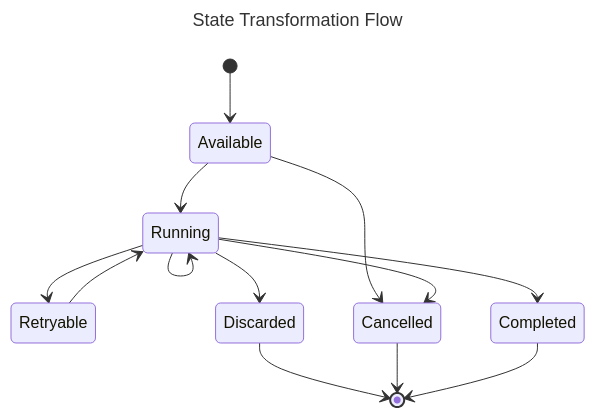
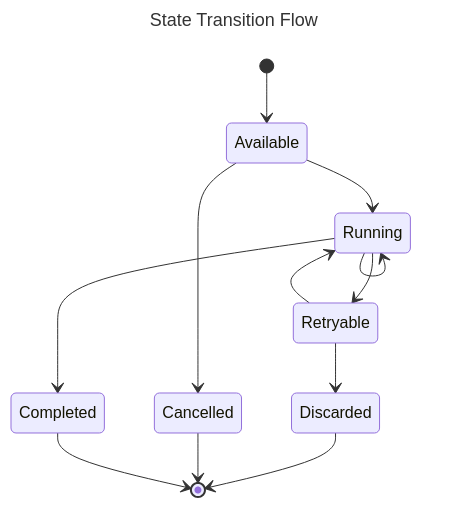
The first of 7 diagrams in website/docs/concepts/003-consumer.md (kanthorlabs/kanthorq), drawn with Mermaid before and after one commit. The commit also changed other lines of this file and 5 other files, not shown here.

````diff
--- a/website/docs/concepts/003-consumer.md
+++ b/website/docs/concepts/003-consumer.md
@@ -28,23 +28,22 @@
 ```mermaid
 ---
-title: State Transformation Flow
+title: State Transition Flow
 ---
 stateDiagram-v2
     [*] --> Available
 
     Available --> Running
+    Running --> Completed
+
     Running --> Running
 
     Running --> Retryable
+    Retryable --> Running
+    Retryable --> Discarded
 
     Available --> Cancelled
-    Running --> Discarded
-    Running --> Cancelled
-    Running --> Completed
-
-    Retryable --> Running
 
     Discarded --> [*]
     Cancelled --> [*]
     Completed --> [*]
 ```
````
